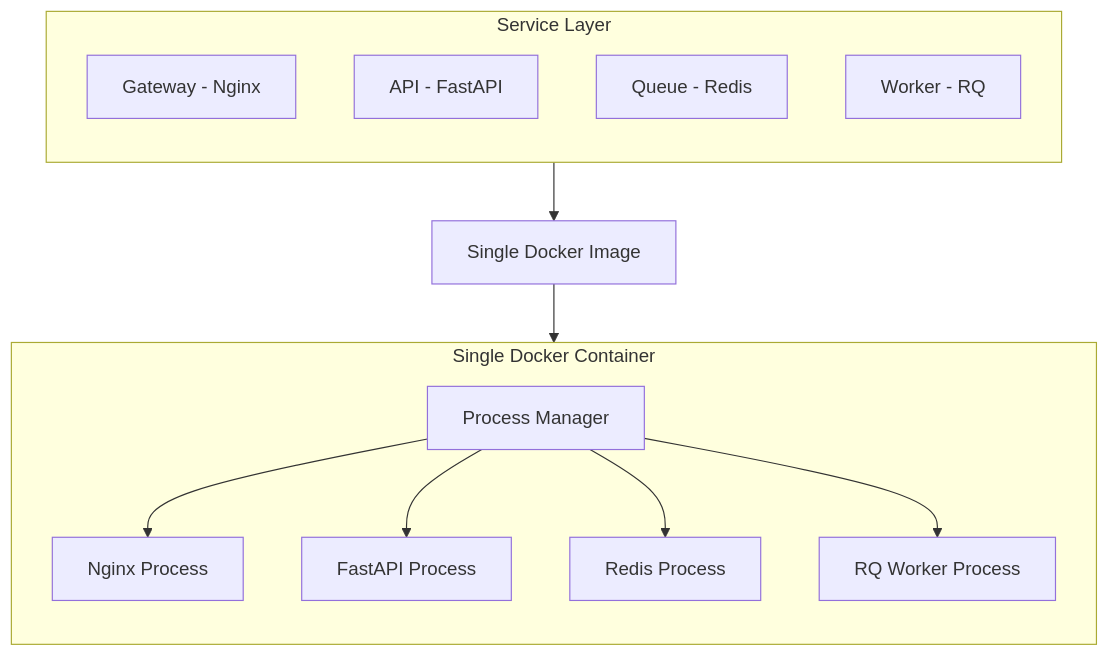
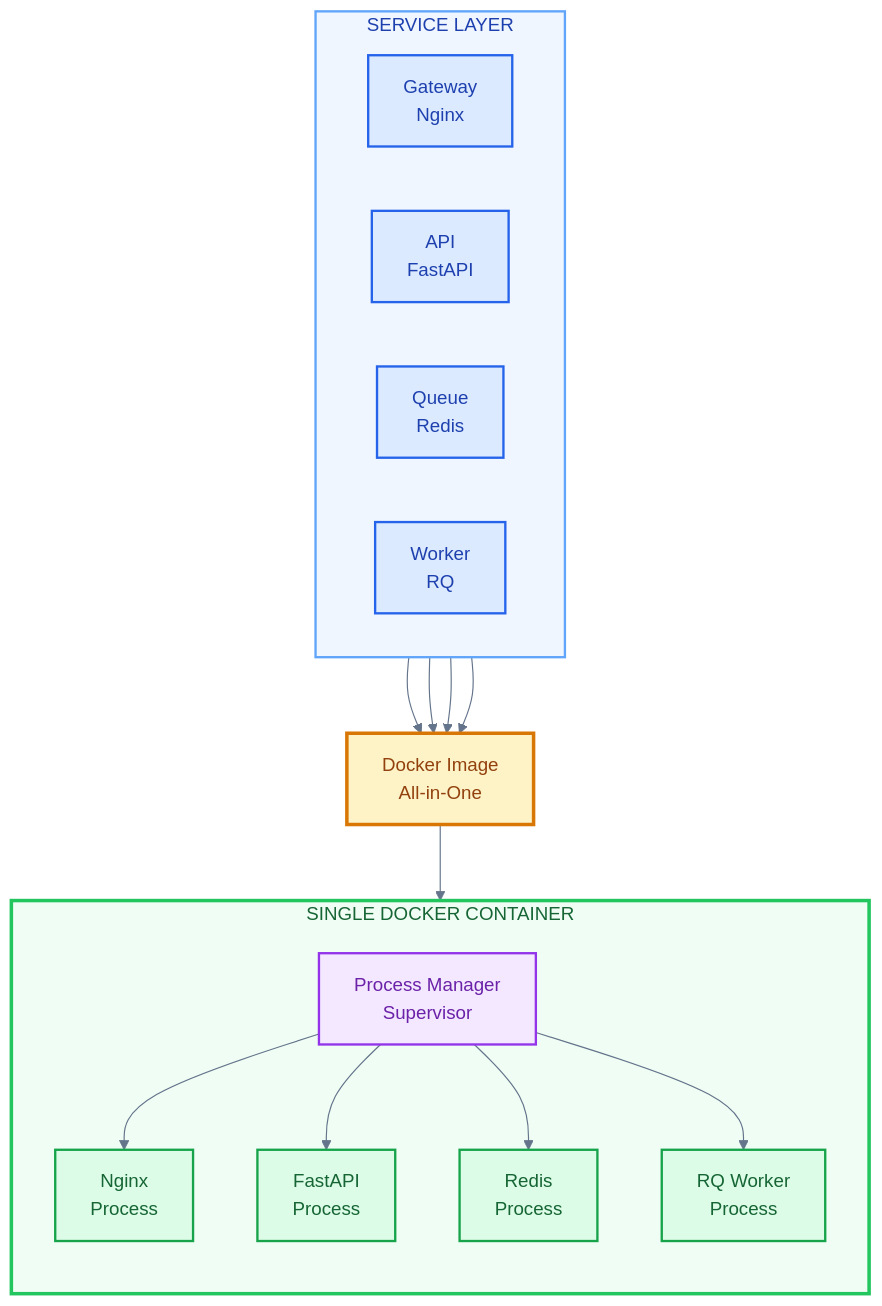
The second of 2 diagrams in README.md (TranKiet146/docflow_SOA_Seminar), drawn with Mermaid before and after one commit.

Commit message:
single container diagram

````diff
--- a/README.md
+++ b/README.md
@@ -417,29 +417,46 @@
 ```mermaid
+%%{init: {"theme": "base", "themeVariables": {"fontFamily": "Arial", "fontSize": "16px", "primaryTextColor": "#172554", "lineColor": "#64748b"}, "flowchart": {"htmlLabels": true, "nodeSpacing": 55, "rankSpacing": 65, "useMaxWidth": true}}}%%
 flowchart TB
-    subgraph Services["Service Layer"]
-        direction TB
-        S1["Gateway - Nginx"]
-        S2["API - FastAPI"]
-        S3["Queue - Redis"]
-        S4["Worker - RQ"]
+    subgraph SL["SERVICE LAYER"]
+        direction LR
+        S1["Gateway<br/>Nginx"]
+        S2["API<br/>FastAPI"]
+        S3["Queue<br/>Redis"]
+        S4["Worker<br/>RQ"]
     end
 
-    IMG["Single Docker Image"]
+    IMG["Docker Image<br/>All-in-One"]
 
-    subgraph Container["Single Docker Container"]
+    subgraph CL["SINGLE DOCKER CONTAINER"]
         direction TB
-        PM["Process Manager"]
-        P1["Nginx Process"]
-        P2["FastAPI Process"]
-        P3["Redis Process"]
-        P4["RQ Worker Process"]
+        PM["Process Manager<br/>Supervisor"]
+        P1["Nginx<br/>Process"]
+        P2["FastAPI<br/>Process"]
+        P3["Redis<br/>Process"]
+        P4["RQ Worker<br/>Process"]
 
         PM --> P1
         PM --> P2
         PM --> P3
         PM --> P4
     end
 
-    Services --> IMG
+    S1 --> IMG
+    S2 --> IMG
+    S3 --> IMG
+    S4 --> IMG
     IMG --> PM
+
+    classDef service fill:#DBEAFE,stroke:#2563EB,stroke-width:2px,color:#1E40AF
+    classDef image fill:#FEF3C7,stroke:#D97706,stroke-width:3px,color:#92400E
+    classDef manager fill:#F3E8FF,stroke:#9333EA,stroke-width:2px,color:#6B21A8
+    classDef process fill:#DCFCE7,stroke:#16A34A,stroke-width:2px,color:#166534
+
+    class S1,S2,S3,S4 service
+    class IMG image
+    class PM manager
+    class P1,P2,P3,P4 process
+
+    style SL fill:#EFF6FF,stroke:#60A5FA,stroke-width:2px,color:#1E40AF
+    style CL fill:#F0FDF4,stroke:#22C55E,stroke-width:3px,color:#166534
 ```
````
